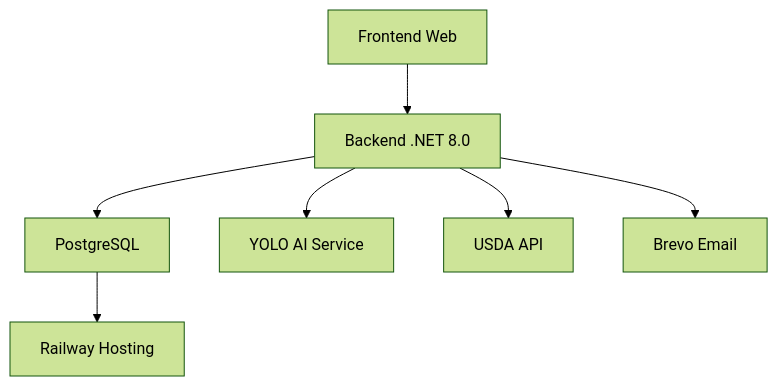
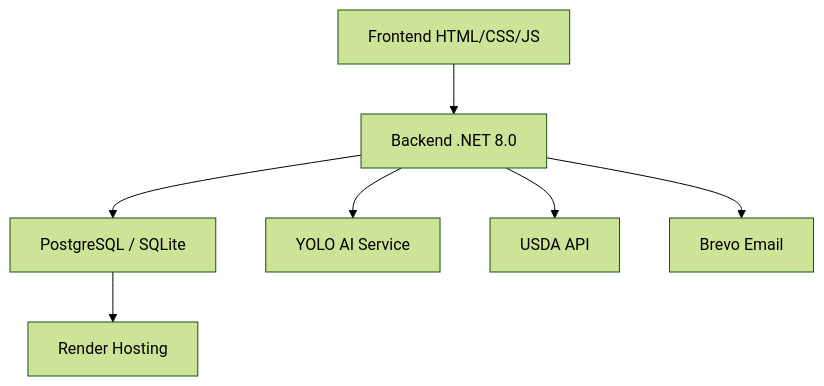
The diagram in docs/guia-desenvolvedor/index.md (Isaque-Medeiros/pim-03semestre-ads), drawn with Mermaid (forest theme) before and after one commit. The commit also changed other lines of this file and 15 other files, not shown here.

````diff
--- a/docs/guia-desenvolvedor/index.md
+++ b/docs/guia-desenvolvedor/index.md
@@ -13,9 +13,9 @@
 ```mermaid
 graph TD
-    A[Frontend Web] --> B[Backend .NET 8.0]
-    B --> C[PostgreSQL]
+    A[Frontend HTML/CSS/JS] --> B[Backend .NET 8.0]
+    B --> C[PostgreSQL / SQLite]
     B --> D[YOLO AI Service]
     B --> E[USDA API]
     B --> F[Brevo Email]
-    C --> G[Railway Hosting]
+    C --> G[Render Hosting]
 ```
````
